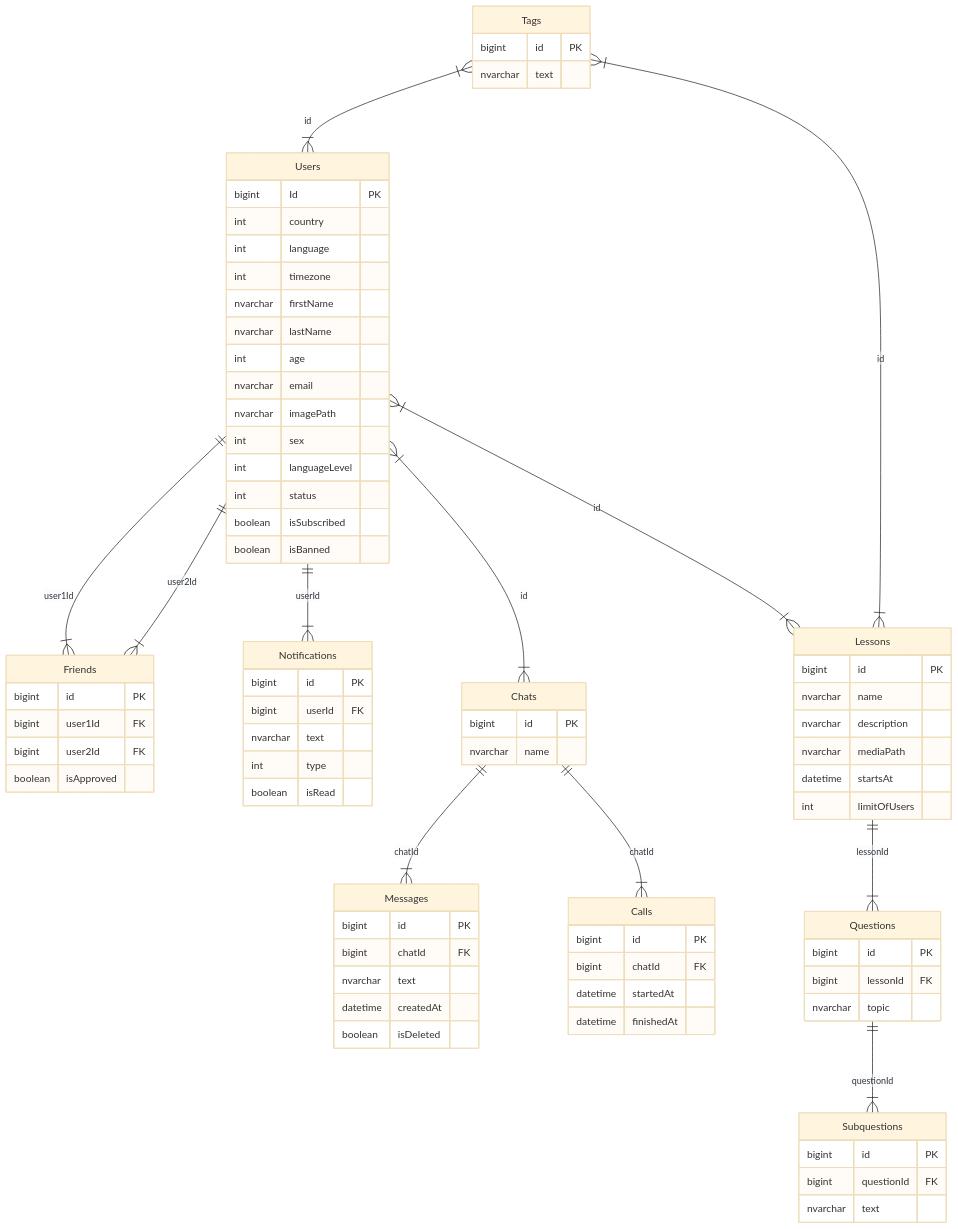
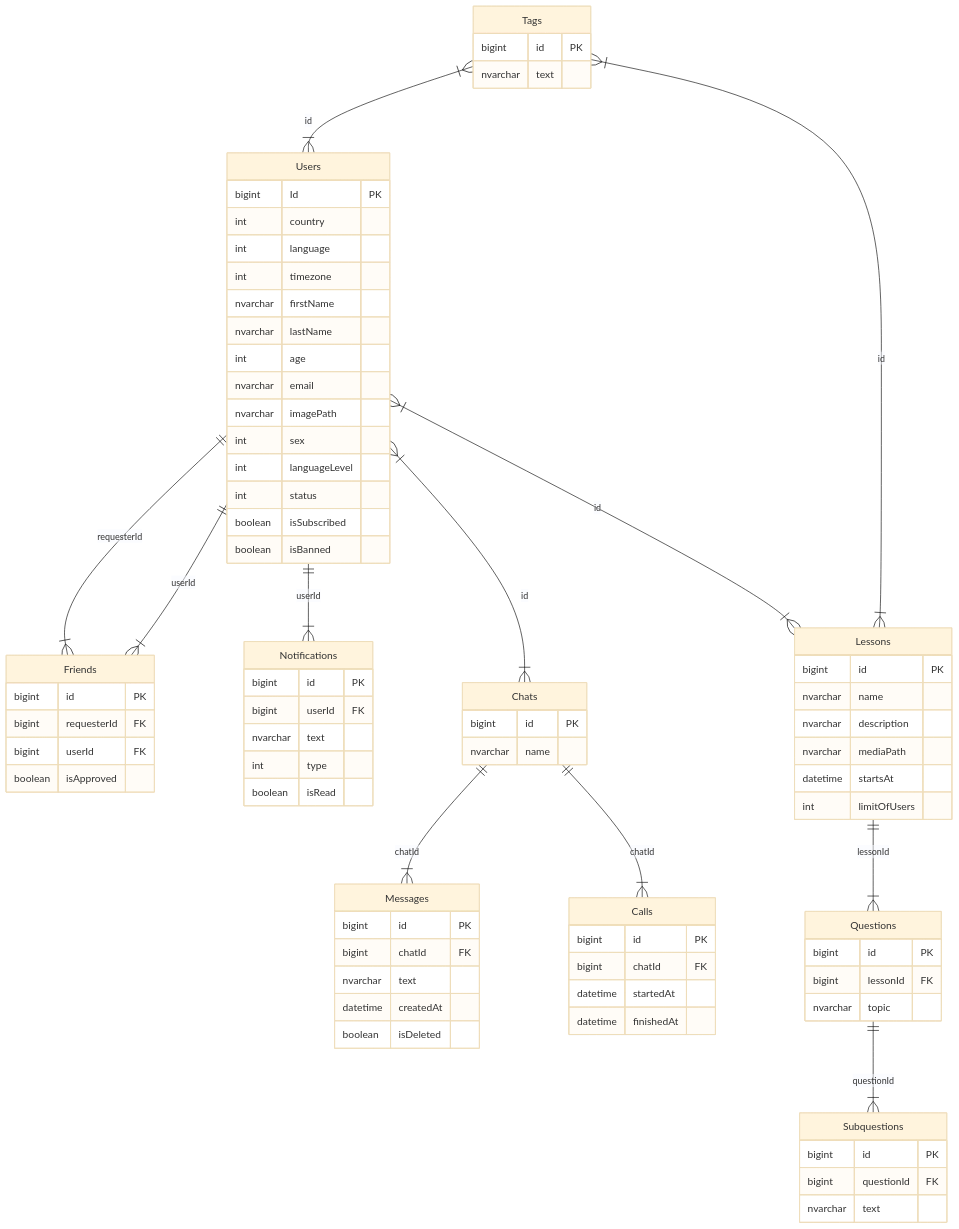
One commit to BinaryStudioAcademy/bsa-winter-2022-2023-easyspeak changed the diagram in README.md. Above: the diagram before and after it, drawn with Mermaid (base theme).

Commit message:
renamed fields in friends table

````diff
--- a/README.md
+++ b/README.md
@@ -37,7 +37,7 @@
 ```mermaid
 erDiagram
-  Users ||--|{ Friends : user1Id
-  Users ||--|{ Friends : user2Id
+  Users ||--|{ Friends : requesterId
+  Users ||--|{ Friends : userId
   Users ||--|{ Notifications : userId
   Users }|--|{ Chats : id
   Users }|--|{ Lessons : id
@@ -69,8 +69,8 @@
 
   Friends{
     bigint id PK
-    bigint user1Id FK
-    bigint user2Id FK
+    bigint requesterId FK
+    bigint userId FK
     boolean isApproved
   }
 
````
